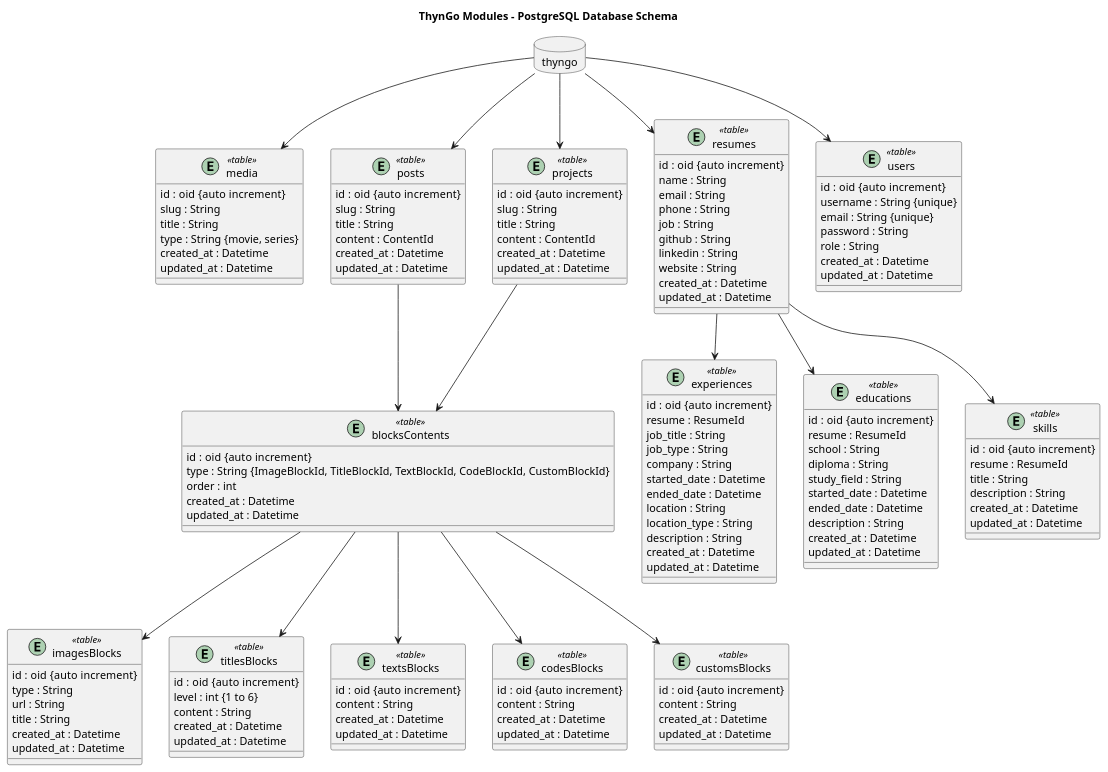
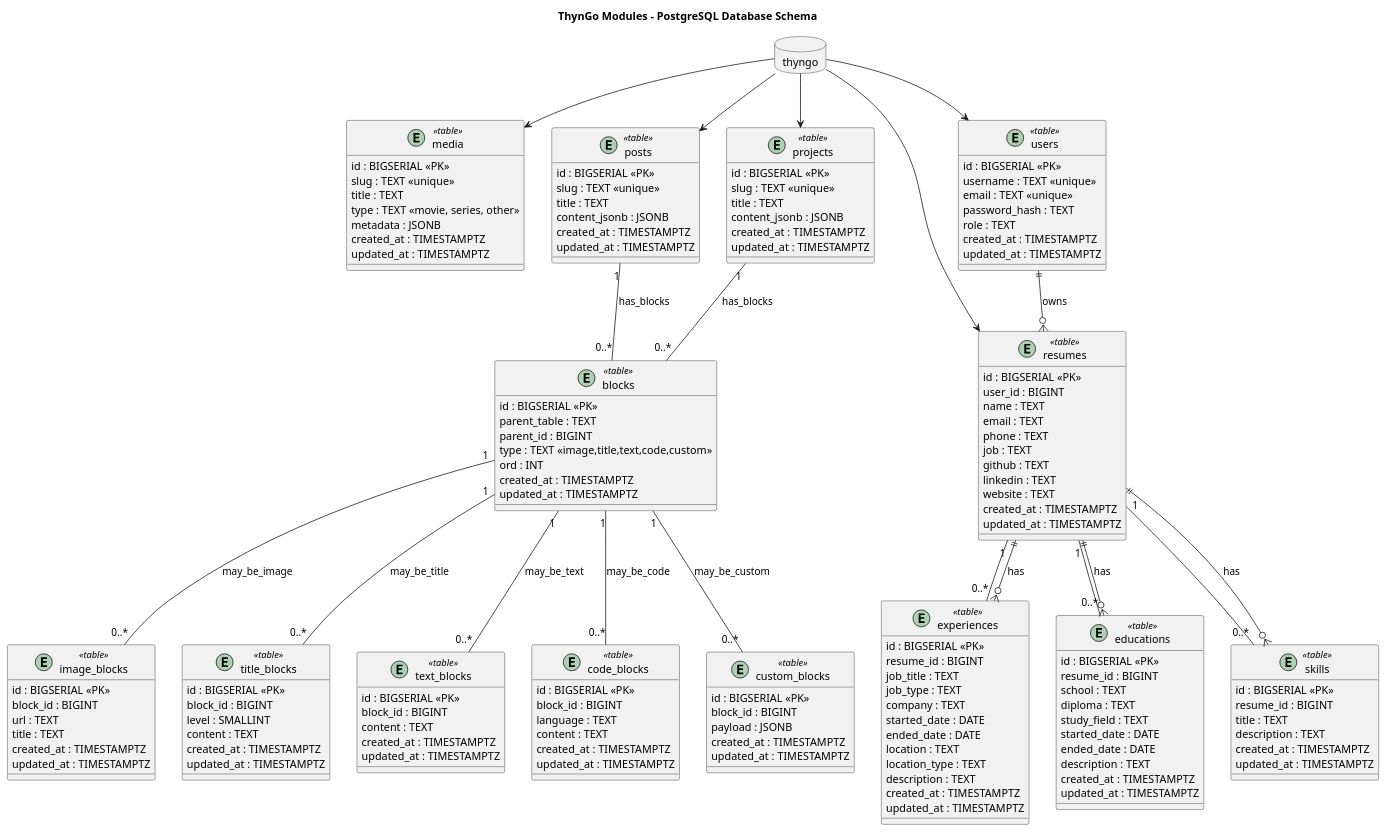
The diagram in docs/database/postgres-modules.puml (RaphaelMailhiot/thyngo), drawn with PlantUML before and after one commit. The commit also changed 7 other files, not shown here.

```diff
--- a/docs/database/postgres-modules.puml
+++ b/docs/database/postgres-modules.puml
@@ -1,164 +1,179 @@
 @startuml
 
 title ThynGo Modules - PostgreSQL Database Schema
 
-
-database "thyngo" as thyngo{
+database "thyngo" as thyngo {
 }
 
 entity "media" as media <<table>> {
-  id : oid  {auto increment}
-  slug : String
-  title : String
-  type : String {movie, series}
-  created_at : Datetime
-  updated_at : Datetime
+  id : BIGSERIAL «PK»
+  slug : TEXT «unique»
+  title : TEXT
+  type : TEXT «movie, series, other»
+  metadata : JSONB
+  created_at : TIMESTAMPTZ
+  updated_at : TIMESTAMPTZ
 }
 
 entity "posts" as posts <<table>> {
-  id : oid  {auto increment}
-  slug : String
-  title : String
-  content : ContentId
-  created_at : Datetime
-  updated_at : Datetime
+  id : BIGSERIAL «PK»
+  slug : TEXT «unique»
+  title : TEXT
+  content_jsonb : JSONB
+  created_at : TIMESTAMPTZ
+  updated_at : TIMESTAMPTZ
 }
 
 entity "projects" as projects <<table>> {
-  id : oid  {auto increment}
-  slug : String
-  title : String
-  content : ContentId
-  created_at : Datetime
-  updated_at : Datetime
+  id : BIGSERIAL «PK»
+  slug : TEXT «unique»
+  title : TEXT
+  content_jsonb : JSONB
+  created_at : TIMESTAMPTZ
+  updated_at : TIMESTAMPTZ
 }
 
 entity "resumes" as resumes <<table>> {
-  id : oid  {auto increment}
-  name : String
-  email : String
-  phone : String
-  job : String
-  github : String
-  linkedin : String
-  website : String
-  created_at : Datetime
-  updated_at : Datetime
+  id : BIGSERIAL «PK»
+  user_id : BIGINT
+  name : TEXT
+  email : TEXT
+  phone : TEXT
+  job : TEXT
+  github : TEXT
+  linkedin : TEXT
+  website : TEXT
+  created_at : TIMESTAMPTZ
+  updated_at : TIMESTAMPTZ
 }
 
 entity "users" as users <<table>> {
-  id : oid  {auto increment}
-  username : String {unique}
-  email : String {unique}
-  password : String
-  role : String
-  created_at : Datetime
-  updated_at : Datetime
+  id : BIGSERIAL «PK»
+  username : TEXT «unique»
+  email : TEXT «unique»
+  password_hash : TEXT
+  role : TEXT
+  created_at : TIMESTAMPTZ
+  updated_at : TIMESTAMPTZ
 }
 
-entity "blocksContents" as contents <<table>> {
-  id : oid  {auto increment}
-  type : String {ImageBlockId, TitleBlockId, TextBlockId, CodeBlockId, CustomBlockId}
-  order : int
-  created_at : Datetime
-  updated_at : Datetime
+entity "blocks" as contents <<table>> {
+  id : BIGSERIAL «PK»
+  parent_table : TEXT
+  parent_id : BIGINT
+  type : TEXT «image,title,text,code,custom»
+  ord : INT
+  created_at : TIMESTAMPTZ
+  updated_at : TIMESTAMPTZ
 }
 
-entity "imagesBlocks" as images <<table>> {
-  id : oid  {auto increment}
-  type : String
-  url : String
-  title : String
-  created_at : Datetime
-  updated_at : Datetime
+entity "image_blocks" as images <<table>> {
+  id : BIGSERIAL «PK»
+  block_id : BIGINT
+  url : TEXT
+  title : TEXT
+  created_at : TIMESTAMPTZ
+  updated_at : TIMESTAMPTZ
 }
 
-entity "titlesBlocks" as titles <<table>> {
-  id : oid  {auto increment}
-  level : int {1 to 6}
-  content : String
-  created_at : Datetime
-  updated_at : Datetime
+entity "title_blocks" as titles <<table>> {
+  id : BIGSERIAL «PK»
+  block_id : BIGINT
+  level : SMALLINT
+  content : TEXT
+  created_at : TIMESTAMPTZ
+  updated_at : TIMESTAMPTZ
 }
 
-entity "textsBlocks" as texts <<table>> {
-  id : oid  {auto increment}
-  content : String
-  created_at : Datetime
-  updated_at : Datetime
+entity "text_blocks" as texts <<table>> {
+  id : BIGSERIAL «PK»
+  block_id : BIGINT
+  content : TEXT
+  created_at : TIMESTAMPTZ
+  updated_at : TIMESTAMPTZ
 }
 
-entity "codesBlocks" as codes <<table>> {
-  id : oid  {auto increment}
-  content : String
-  created_at : Datetime
-  updated_at : Datetime
+entity "code_blocks" as codes <<table>> {
+  id : BIGSERIAL «PK»
+  block_id : BIGINT
+  language : TEXT
+  content : TEXT
+  created_at : TIMESTAMPTZ
+  updated_at : TIMESTAMPTZ
 }
 
-entity "customsBlocks" as customs <<table>> {
-  id : oid  {auto increment}
-  content : String
-  created_at : Datetime
-  updated_at : Datetime
+entity "custom_blocks" as customs <<table>> {
+  id : BIGSERIAL «PK»
+  block_id : BIGINT
+  payload : JSONB
+  created_at : TIMESTAMPTZ
+  updated_at : TIMESTAMPTZ
 }
 
 entity "experiences" as experiences <<table>> {
-  id : oid  {auto increment}
-  resume : ResumeId
-  job_title : String
-  job_type : String
-  company : String
-  started_date : Datetime
-  ended_date : Datetime
-  location : String
-  location_type : String
-  description : String
-  created_at : Datetime
-  updated_at : Datetime
+  id : BIGSERIAL «PK»
+  resume_id : BIGINT
+  job_title : TEXT
+  job_type : TEXT
+  company : TEXT
+  started_date : DATE
+  ended_date : DATE
+  location : TEXT
+  location_type : TEXT
+  description : TEXT
+  created_at : TIMESTAMPTZ
+  updated_at : TIMESTAMPTZ
 }
 
 entity "educations" as educations <<table>> {
-  id : oid  {auto increment}
-  resume : ResumeId
-  school : String
-  diploma : String
-  study_field : String
-  started_date : Datetime
-  ended_date : Datetime
-  description : String
-  created_at : Datetime
-  updated_at : Datetime
+  id : BIGSERIAL «PK»
+  resume_id : BIGINT
+  school : TEXT
+  diploma : TEXT
+  study_field : TEXT
+  started_date : DATE
+  ended_date : DATE
+  description : TEXT
+  created_at : TIMESTAMPTZ
+  updated_at : TIMESTAMPTZ
 }
 
 entity "skills" as skills <<table>> {
-  id : oid  {auto increment}
-  resume : ResumeId
-  title : String
-  description : String
-  created_at : Datetime
-  updated_at : Datetime
+  id : BIGSERIAL «PK»
+  resume_id : BIGINT
+  title : TEXT
+  description : TEXT
+  created_at : TIMESTAMPTZ
+  updated_at : TIMESTAMPTZ
 }
 
 ' Modules tables
 thyngo --> media
 thyngo --> projects
 thyngo --> posts
 thyngo --> resumes
 thyngo --> users
 
 ' Blocks contents related tables
-projects --> contents
-posts --> contents
+posts "1" -- "0..*" contents : has_blocks
+projects "1" -- "0..*" contents : has_blocks
 
-contents --> images
-contents --> titles
-contents --> texts
-contents --> codes
-contents --> customs
+contents "1" -- "0..*" images : may_be_image
+contents "1" -- "0..*" titles : may_be_title
+contents "1" -- "0..*" texts : may_be_text
+contents "1" -- "0..*" codes : may_be_code
+contents "1" -- "0..*" customs : may_be_custom
 
 ' Resume related tables
-resumes --> experiences
-resumes --> educations
-resumes --> skills
+resumes "1" -- "0..*" experiences
+resumes "1" -- "0..*" educations
+resumes "1" -- "0..*" skills
+
+' Foreign key hints (diagrammatic)
+users ||--o{ resumes : owns
+resumes ||--o{ experiences : has
+resumes ||--o{ educations : has
+resumes ||--o{ skills : has
+
 
 @enduml
```
